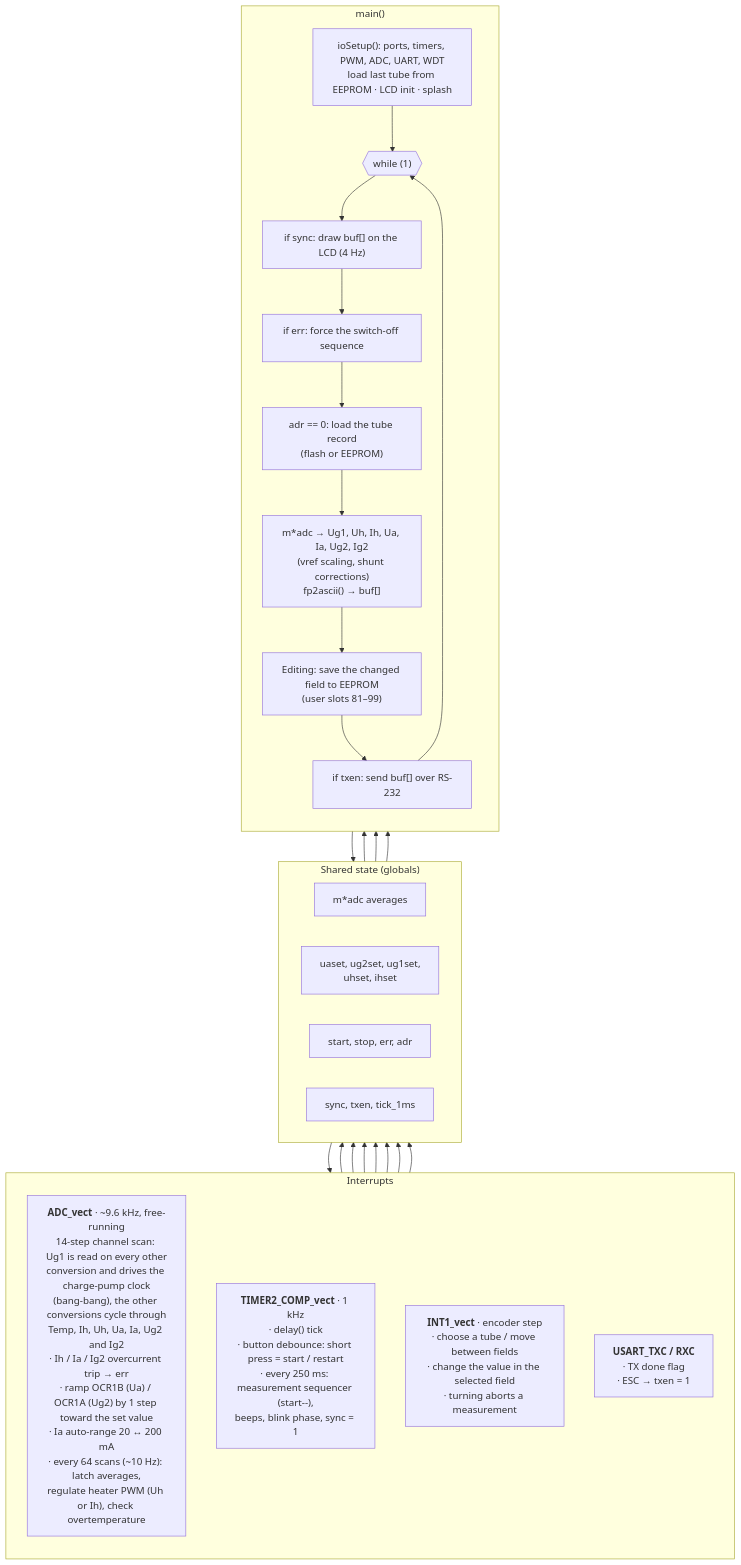
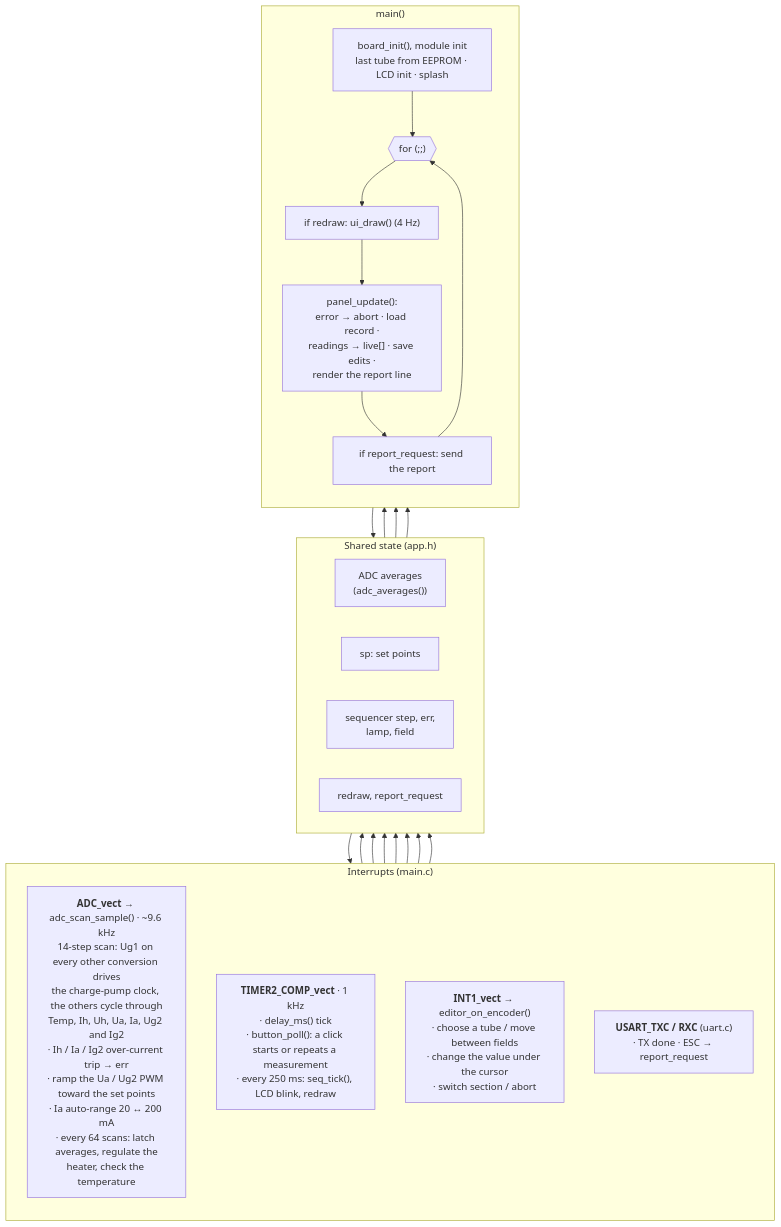
Before and after one commit to radiolok/lamptest: the second of 3 diagrams in README.md, drawn with Mermaid. The commit also changed other lines of this file and 61 other files, not shown here.

````diff
--- a/README.md
+++ b/README.md
@@ -171,44 +181,41 @@
 ```mermaid
 flowchart TB
-    subgraph ISRS["Interrupts"]
+    subgraph ISRS["Interrupts (main.c)"]
         direction TB
-        ADCI["<b>ADC_vect</b> · ~9.6 kHz, free-running<br/>14-step channel scan: Ug1 is read on every other<br/>conversion and drives the charge-pump clock<br/>(bang-bang), the other conversions cycle through<br/>Temp, Ih, Uh, Ua, Ia, Ug2 and Ig2<br/>· Ih / Ia / Ig2 overcurrent trip → err<br/>· ramp OCR1B (Ua) / OCR1A (Ug2) by 1 step toward the set value<br/>· Ia auto-range 20 ↔ 200 mA<br/>· every 64 scans (~10 Hz): latch averages,<br/>regulate heater PWM (Uh or Ih), check overtemperature"]
-        T2["<b>TIMER2_COMP_vect</b> · 1 kHz<br/>· delay() tick<br/>· button debounce: short press = start / restart<br/>· every 250 ms: measurement sequencer (start--),<br/>beeps, blink phase, sync = 1"]
-        INT1I["<b>INT1_vect</b> · encoder step<br/>· choose a tube / move between fields<br/>· change the value in the selected field<br/>· turning aborts a measurement"]
-        UARTI["<b>USART_TXC / RXC</b><br/>· TX done flag<br/>· ESC → txen = 1"]
+        ADCI["<b>ADC_vect</b> → adc_scan_sample() · ~9.6 kHz<br/>14-step scan: Ug1 on every other conversion drives<br/>the charge-pump clock, the others cycle through<br/>Temp, Ih, Uh, Ua, Ia, Ug2 and Ig2<br/>· Ih / Ia / Ig2 over-current trip → err<br/>· ramp the Ua / Ug2 PWM toward the set points<br/>· Ia auto-range 20 ↔ 200 mA<br/>· every 64 scans: latch averages, regulate the<br/>heater, check the temperature"]
+        T2["<b>TIMER2_COMP_vect</b> · 1 kHz<br/>· delay_ms() tick<br/>· button_poll(): a click starts or repeats a measurement<br/>· every 250 ms: seq_tick(), LCD blink, redraw"]
+        INT1I["<b>INT1_vect</b> → editor_on_encoder()<br/>· choose a tube / move between fields<br/>· change the value under the cursor<br/>· switch section / abort"]
+        UARTI["<b>USART_TXC / RXC</b> (uart.c)<br/>· TX done · ESC → report_request"]
     end
 
-    subgraph SHARED["Shared state (globals)"]
+    subgraph SHARED["Shared state (app.h)"]
         direction LR
-        M["m*adc averages"]
-        SET["uaset, ug2set, ug1set,<br/>uhset, ihset"]
-        SEQ["start, stop, err, adr"]
-        FL["sync, txen, tick_1ms"]
+        M["ADC averages<br/>(adc_averages())"]
+        SET["sp: set points"]
+        SEQ["sequencer step, err,<br/>lamp, field"]
+        FL["redraw, report_request"]
     end
 
     subgraph MAIN["main()"]
         direction TB
-        INIT["ioSetup(): ports, timers, PWM, ADC, UART, WDT<br/>load last tube from EEPROM · LCD init · splash"]
-        LOOP{{"while (1)"}}
-        DRAW["if sync: draw buf[] on the LCD (4 Hz)"]
-        ABORT["if err: force the switch-off sequence"]
-        LOAD["adr == 0: load the tube record<br/>(flash or EEPROM)"]
-        CONV["m*adc → Ug1, Uh, Ih, Ua, Ia, Ug2, Ig2<br/>(vref scaling, shunt corrections)<br/>fp2ascii() → buf[]"]
-        EDIT["Editing: save the changed field to EEPROM<br/>(user slots 81–99)"]
-        TX["if txen: send buf[] over RS-232"]
-        INIT --> LOOP --> DRAW --> ABORT --> LOAD --> CONV --> EDIT --> TX --> LOOP
+        INIT["board_init(), module init<br/>last tube from EEPROM · LCD init · splash"]
+        LOOP{{"for (;;)"}}
+        DRAW["if redraw: ui_draw() (4 Hz)"]
+        PANEL["panel_update():<br/>error → abort · load record ·<br/>readings → live[] · save edits ·<br/>render the report line"]
+        TX["if report_request: send the report"]
+        INIT --> LOOP --> DRAW --> PANEL --> TX --> LOOP
     end
 
     ADCI --> M
     SET --> ADCI
     ADCI --> SEQ
     T2 --> SET
     T2 --> SEQ
     T2 --> FL
     INT1I --> SEQ
     UARTI --> FL
-    M --> CONV
+    M --> PANEL
     SEQ --> MAIN
     FL --> MAIN
-    EDIT --> SET
+    PANEL --> SET
 ```
````
